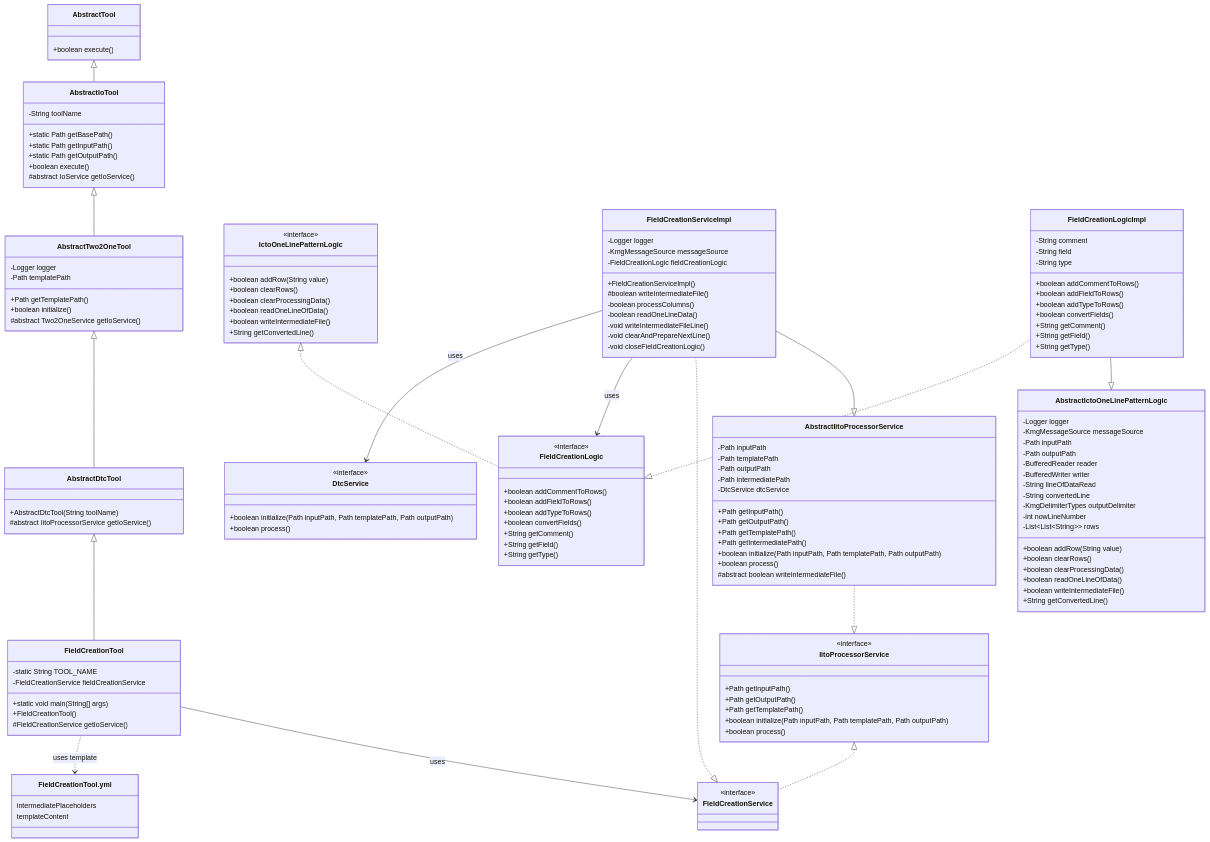
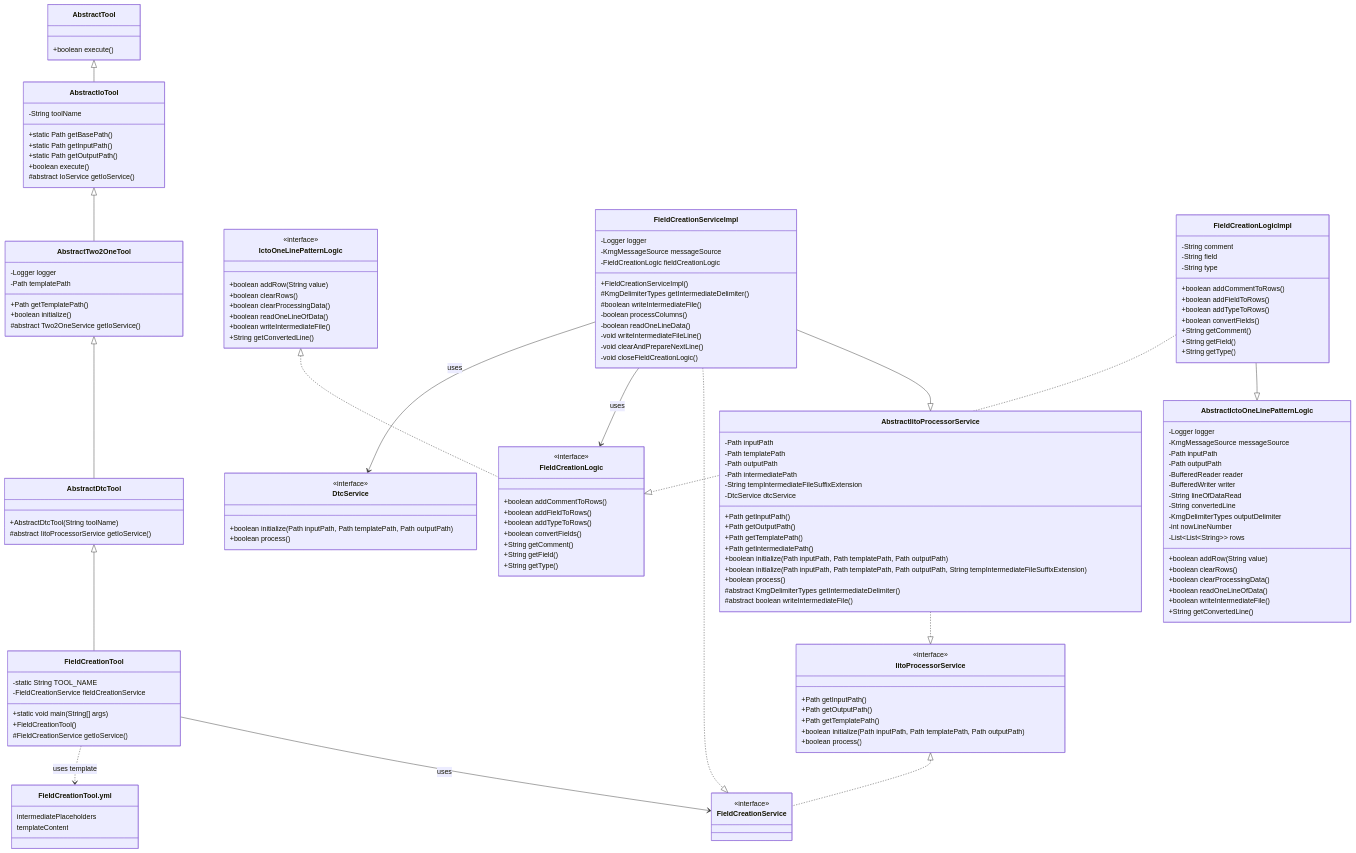
One commit to KenichiroArai/kmg-tool-base changed the first of 2 diagrams in docs/設計書/フィールド作成ツールの設計図.md. Above: the diagram before and after it, drawn with Mermaid. The commit also changed 5 other files, not shown here.

```diff
--- a/docs/設計書/フィールド作成ツールの設計図.md
+++ b/docs/設計書/フィールド作成ツールの設計図.md
@@ -87,13 +87,16 @@
         -Path templatePath
         -Path outputPath
         -Path intermediatePath
+        -String tempIntermediateFileSuffixExtension
         -DtcService dtcService
         +Path getInputPath()
         +Path getOutputPath()
         +Path getTemplatePath()
         +Path getIntermediatePath()
         +boolean initialize(Path inputPath, Path templatePath, Path outputPath)
+        +boolean initialize(Path inputPath, Path templatePath, Path outputPath, String tempIntermediateFileSuffixExtension)
         +boolean process()
+        #abstract KmgDelimiterTypes getIntermediateDelimiter()
         #abstract boolean writeIntermediateFile()
     }
 
@@ -102,6 +105,7 @@
         -KmgMessageSource messageSource
         -FieldCreationLogic fieldCreationLogic
         +FieldCreationServiceImpl()
+        #KmgDelimiterTypes getIntermediateDelimiter()
         #boolean writeIntermediateFile()
         -boolean processColumns()
         -boolean readOneLineData()
```
